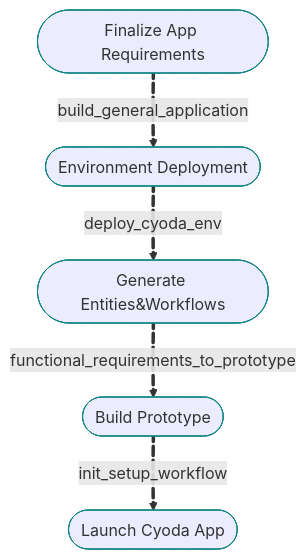
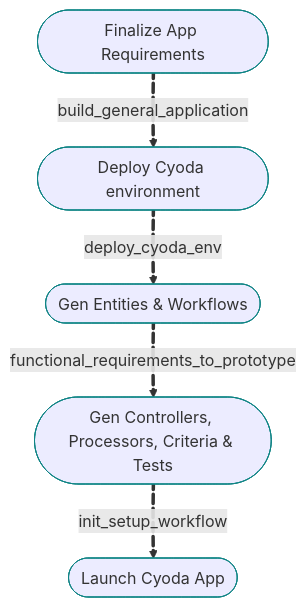
Before and after one commit to Cyoda-platform/ai-assistant: the diagram in workflow_configs/messages/welcome_user_25fc/message.md, drawn with Mermaid. The commit also changed 21 other files, not shown here.

````diff
--- a/workflow_configs/messages/welcome_user_25fc/message.md
+++ b/workflow_configs/messages/welcome_user_25fc/message.md
@@ -3,14 +3,14 @@
 ```mermaid
 graph TD
     A([Finalize App Requirements]):::bar e1@== build_general_application
-    ==> B([Environment Deployment]):::bar
-    B e2@== deploy_cyoda_env ==> C([Generate Entities&Workflows]):::bar
-    C e3@== functional_requirements_to_prototype ==> D([Build Prototype]):::bar
+    ==> B([Deploy Cyoda environment]):::bar
+    B e2@== deploy_cyoda_env ==> C([Gen Entities & Workflows]):::bar
+    C e3@== functional_requirements_to_prototype ==> D([Gen Controllers, Processors, Criteria & Tests]):::bar
     D e4@== init_setup_workflow ==> E([Launch Cyoda App]):::bar
 
     e1@{ animate: true }
     e2@{ animate: true }
     e3@{ animate: true }
     e4@{ animate: true }
     classDef bar stroke:#0D8484
 ```
````
